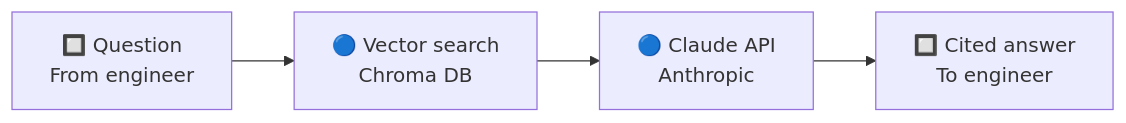
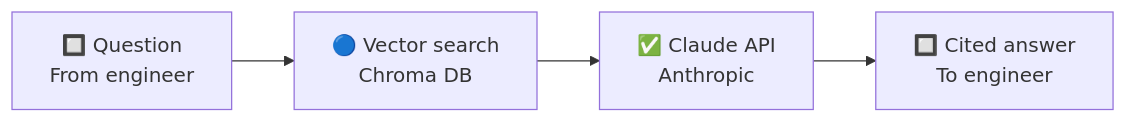
The second of 2 diagrams in docs/architecture.md (DaveBarberSHV/vessel-maintenance-platform), drawn with Mermaid before and after one commit. The commit also changed other lines of this file, not shown here.

Commit message:
Mark Claude API query flow as live-tested (successful oil filter query)

````diff
--- a/docs/architecture.md
+++ b/docs/architecture.md
@@ -35,6 +35,6 @@
 ```mermaid
 flowchart LR
     A["🔲 Question<br/>From engineer"] --> B["🔵 Vector search<br/>Chroma DB"]
-    B --> C["🔵 Claude API<br/>Anthropic"]
+    B --> C["✅ Claude API<br/>Anthropic"]
     C --> D["🔲 Cited answer<br/>To engineer"]
 ```
````
